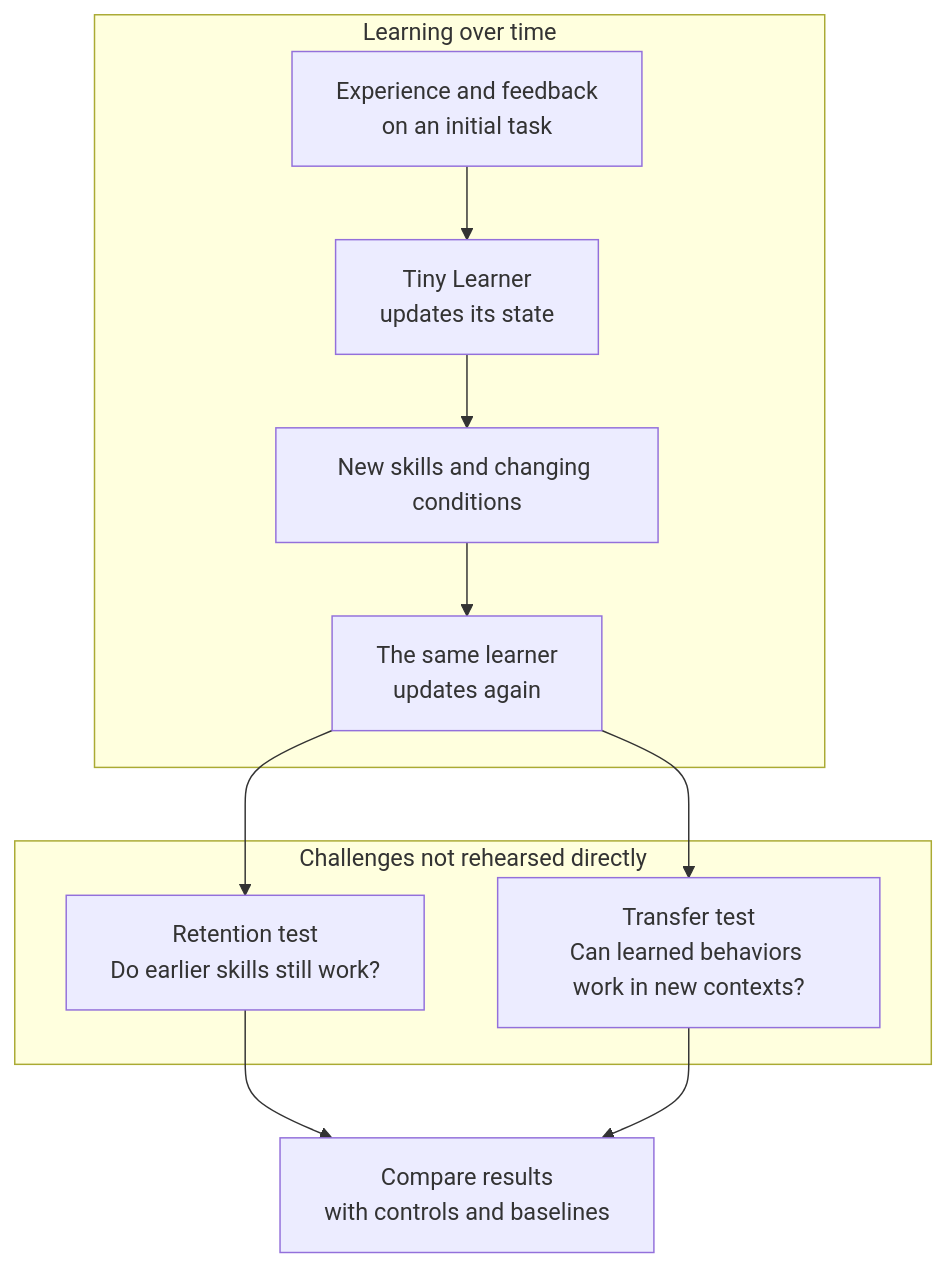
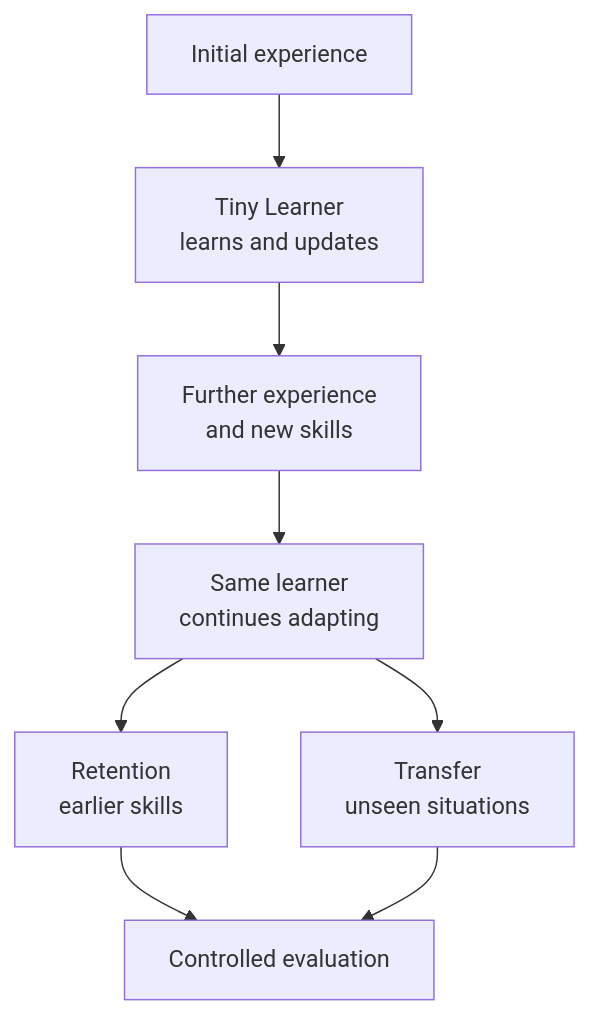
The diagram in README.md (mira-takeda/tiny-learner), drawn with Mermaid before and after one commit. The commit also changed other lines of this file, not shown here.

````diff
--- a/README.md
+++ b/README.md
@@ -58,14 +63,10 @@
 ```mermaid
 flowchart TD
-    subgraph TRAIN["Learning over time"]
-      E1["Experience and feedback<br/>on an initial task"] --> S1["Tiny Learner<br/>updates its state"]
-      S1 --> E2["New skills and changing conditions"]
-      E2 --> S2["The same learner<br/>updates again"]
-    end
-    subgraph TEST["Challenges not rehearsed directly"]
-      S2 --> R["Retention test<br/>Do earlier skills still work?"]
-      S2 --> G["Transfer test<br/>Can learned behaviors work in new contexts?"]
-    end
-    R --> V["Compare results<br/>with controls and baselines"]
-    G --> V
+    A["Initial experience"] --> B["Tiny Learner<br/>learns and updates"]
+    B --> C["Further experience<br/>and new skills"]
+    C --> D["Same learner<br/>continues adapting"]
+    D --> E["Retention<br/>earlier skills"]
+    D --> F["Transfer<br/>unseen situations"]
+    E --> G["Controlled evaluation"]
+    F --> G
 ```
````
